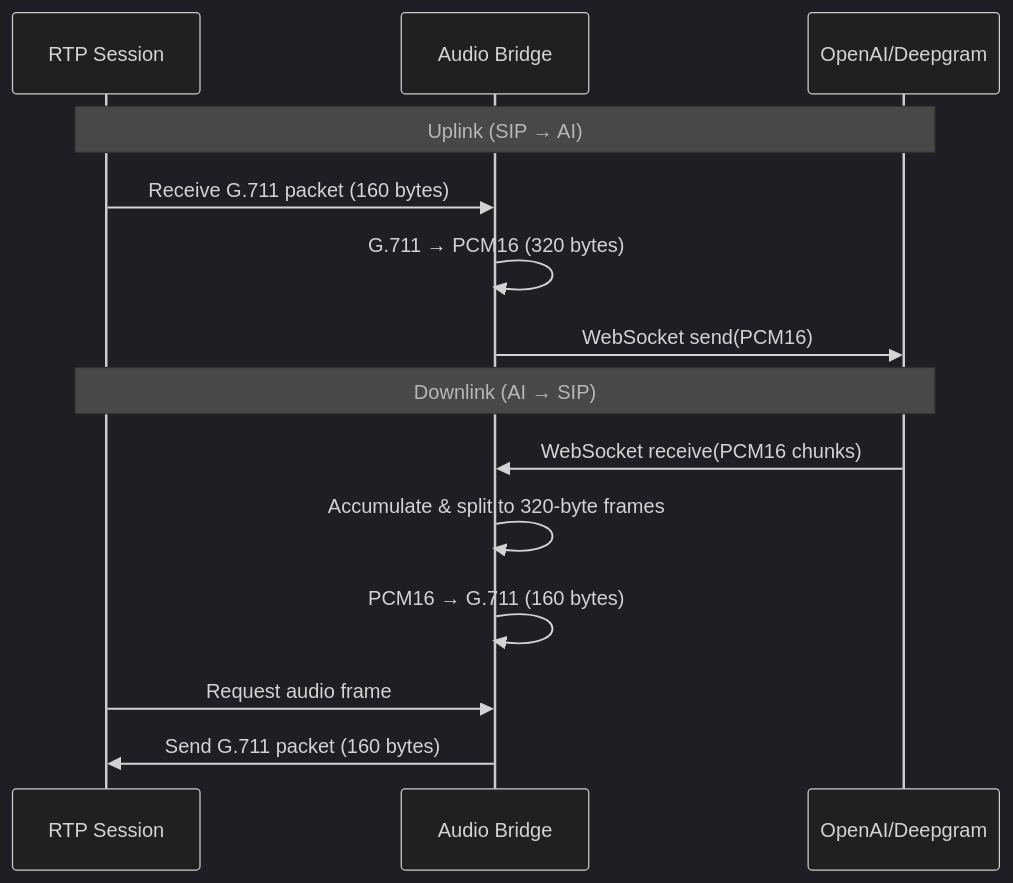
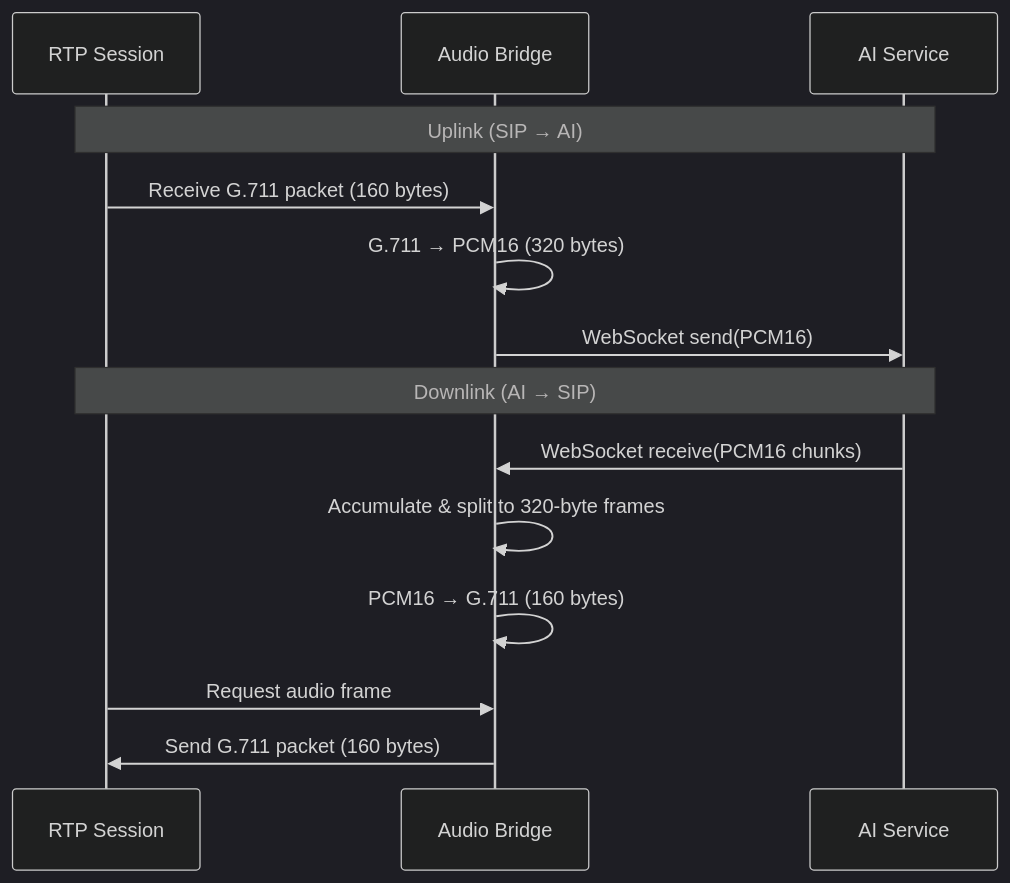
One commit to aicc2025/sip-to-ai changed the second of 2 diagrams in README.md. Above: the diagram before and after it, drawn with Mermaid (dark theme). The commit also changed other lines of this file and 6 other files, not shown here.

````diff
--- a/README.md
+++ b/README.md
@@ -90,18 +90,18 @@
 ```mermaid
 sequenceDiagram
     participant RTP as RTP Session
     participant Bridge as Audio Bridge
-    participant AI as OpenAI/Deepgram
+    participant AI as AI Service
 
     Note over RTP,AI: Uplink (SIP → AI)
     RTP->>Bridge: Receive G.711 packet (160 bytes)
     Bridge->>Bridge: G.711 → PCM16 (320 bytes)
     Bridge->>AI: WebSocket send(PCM16)
 
     Note over RTP,AI: Downlink (AI → SIP)
     AI->>Bridge: WebSocket receive(PCM16 chunks)
     Bridge->>Bridge: Accumulate & split to 320-byte frames
     Bridge->>Bridge: PCM16 → G.711 (160 bytes)
     RTP->>Bridge: Request audio frame
     Bridge->>RTP: Send G.711 packet (160 bytes)
 ```
````
